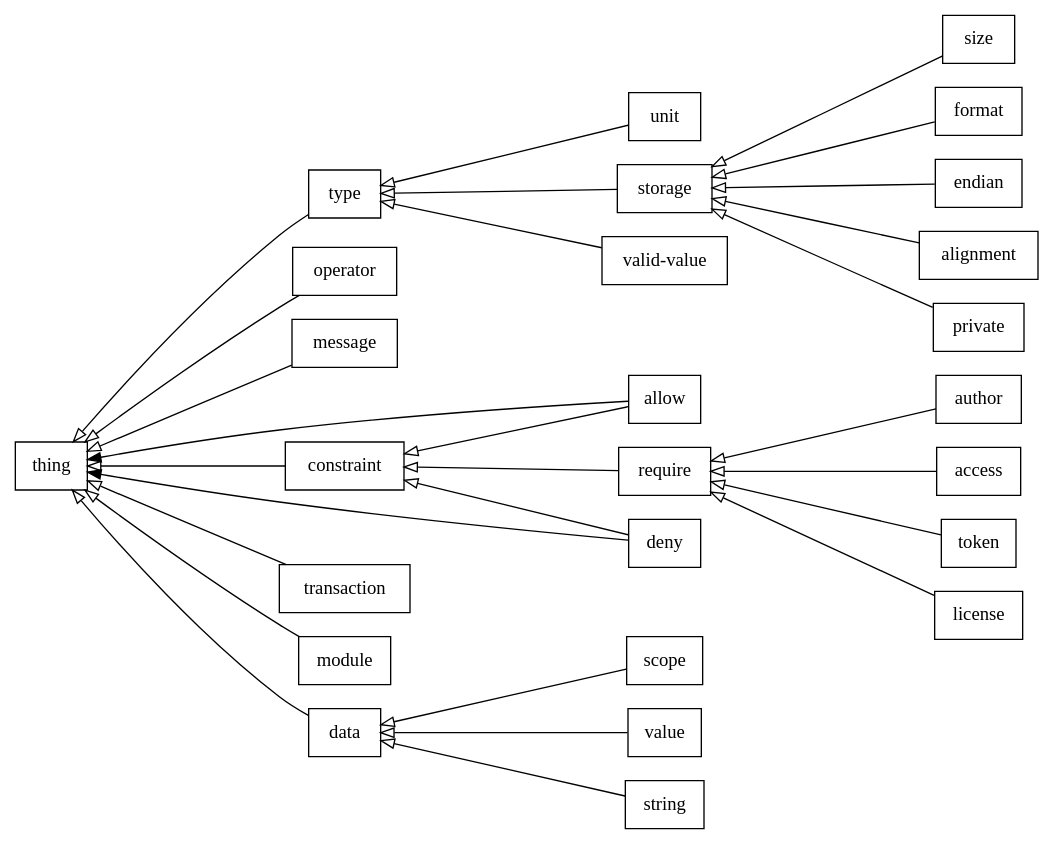
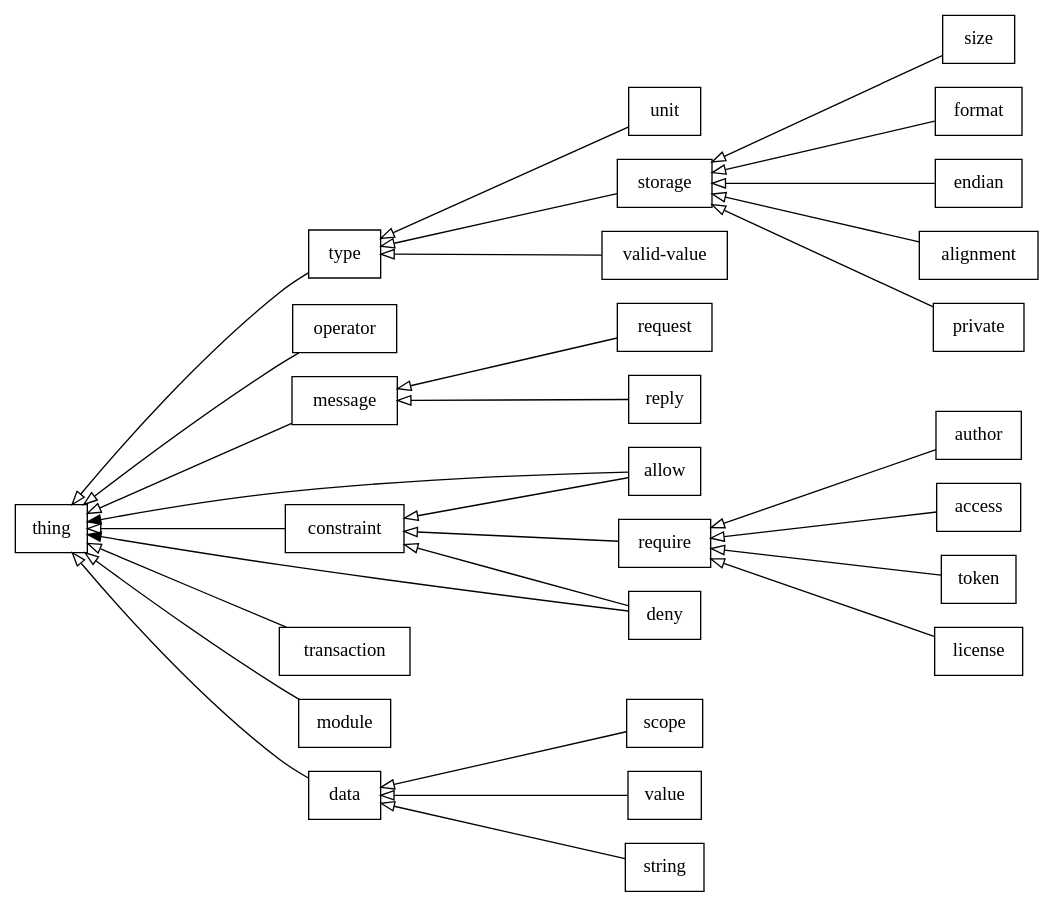
Before and after one commit to matslil/sisdel: the diagram in type-hierarchy-graph.dot, drawn with Graphviz. The commit also changed 2 other files, not shown here.

```diff
--- a/type-hierarchy-graph.dot
+++ b/type-hierarchy-graph.dot
@@ -1,21 +1,22 @@
 digraph "Sisdel elements" {
 	// Start with class hierarchy
 	rankdir = RL // Since inheritance arrows point at parent
 	ranksep = 2 // More space to make it more readable
 	edge [arrowhead=empty] // UML: inherit
 	node [shape=rectangle] // UML: class
 
 	// These are the basic elements
 	{ data type operator message constraint transaction module } -> thing
 
 	// These are derived elements
 	{ scope value string } -> data
 	{ unit storage "valid-value" } -> type
+	{ request reply } -> message
 	{ size format endian alignment private } -> storage
 	{ allow deny require } -> constraint
 	{ author access token license } -> require
 
 	// Use relations
 	edge [arrowhead=normal]
 	{ allow deny } -> thing
 }
```
